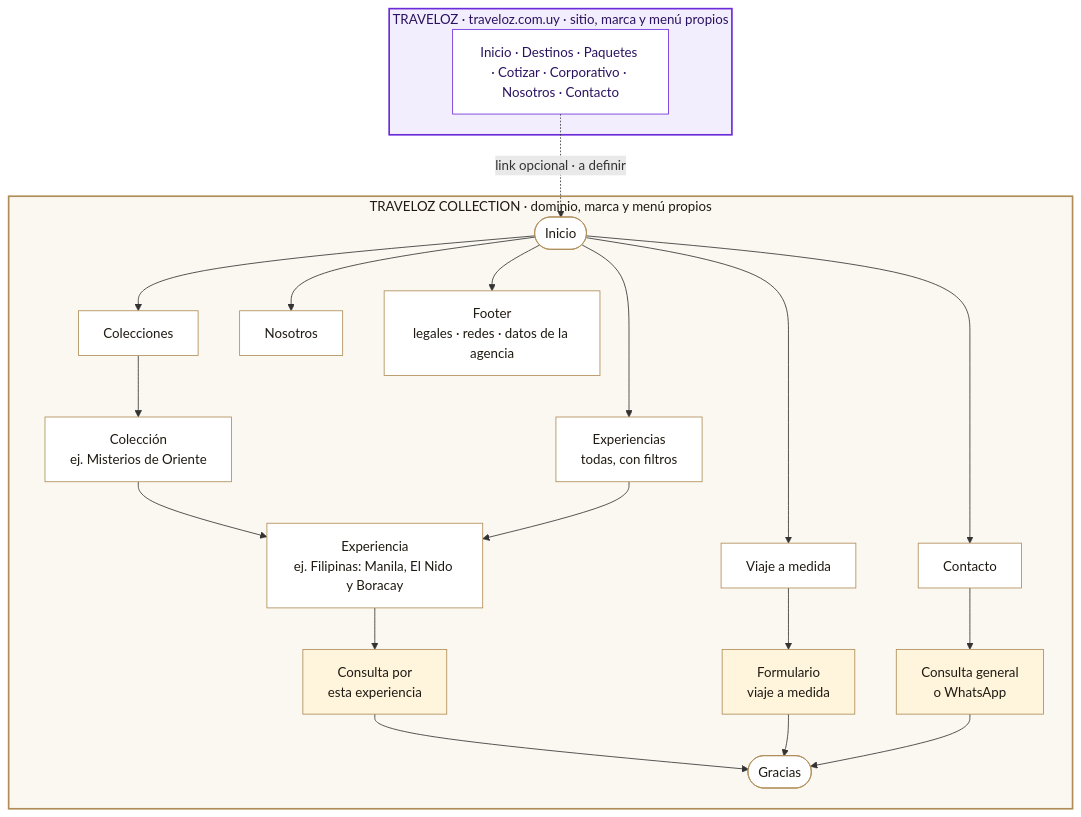
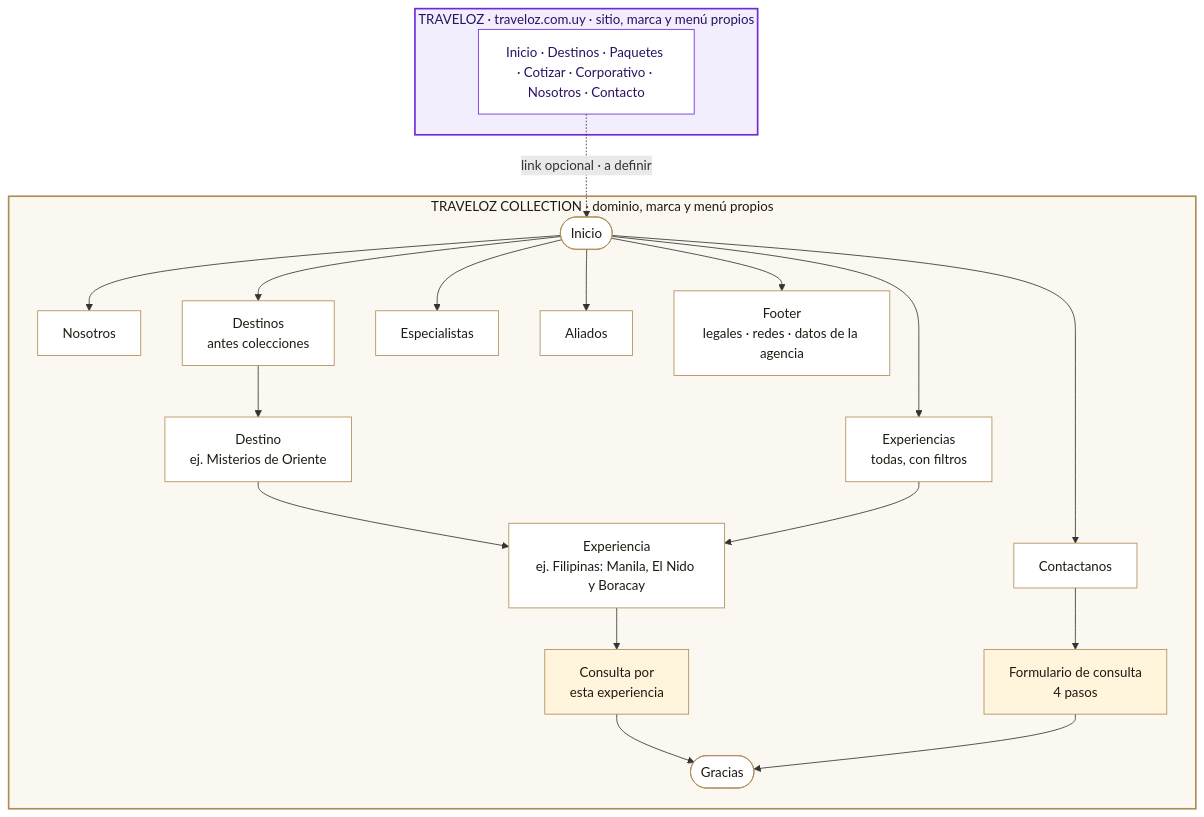
The second of 7 diagrams in docs/collection/contexto/06-propuesta-funcional.md (diego-castano/traveloz), drawn with Mermaid before and after one commit. The commit also changed other lines of this file and 5 other files, not shown here.

````diff
--- a/docs/collection/contexto/06-propuesta-funcional.md
+++ b/docs/collection/contexto/06-propuesta-funcional.md
@@ -114,36 +128,35 @@
 ```mermaid
 flowchart TB
   subgraph TOZ["TRAVELOZ · traveloz.com.uy · sitio, marca y menú propios"]
     T["Inicio · Destinos · Paquetes · Cotizar · Corporativo · Nosotros · Contacto"]
   end
 
   T -. "link opcional · a definir" .-> H
 
   subgraph COL["TRAVELOZ COLLECTION · dominio, marca y menú propios"]
     H(["Inicio"])
-    H --> CS["Colecciones"]
+    H --> NO["Nosotros"]
+    H --> CS["Destinos<br/>antes colecciones"]
     H --> EX["Experiencias<br/>todas, con filtros"]
-    H --> AM["Viaje a medida"]
-    H --> NO["Nosotros"]
-    H --> CO["Contacto"]
+    H --> ES["Especialistas"]
+    H --> AL["Aliados"]
+    H --> CO["Contactanos"]
     H --> FT["Footer<br/>legales · redes · datos de la agencia"]
-    CS --> C1["Colección<br/>ej. Misterios de Oriente"]
+    CS --> C1["Destino<br/>ej. Misterios de Oriente"]
     C1 --> E["Experiencia<br/>ej. Filipinas: Manila, El Nido y Boracay"]
     EX --> E
     E --> F1["Consulta por<br/>esta experiencia"]
-    AM --> F2["Formulario<br/>viaje a medida"]
-    CO --> F3["Consulta general<br/>o WhatsApp"]
+    CO --> F2["Formulario de consulta<br/>4 pasos"]
     F1 --> G(["Gracias"])
     F2 --> G
-    F3 --> G
   end
 
   style COL fill:#fbf8f1,stroke:#b08d57,stroke-width:2px,color:#1f1a12
   style TOZ fill:#f3eefe,stroke:#6c2bd9,stroke-width:2px,color:#2a1260
   classDef pg fill:#ffffff,stroke:#b08d57,color:#1f1a12
   classDef form fill:#fff4dc,stroke:#b08d57,color:#1f1a12
   classDef toz fill:#ffffff,stroke:#6c2bd9,color:#2a1260
-  class H,CS,EX,AM,NO,CO,FT,C1,E,G pg
-  class F1,F2,F3 form
+  class H,CS,EX,ES,AL,NO,CO,FT,C1,E,G pg
+  class F1,F2 form
   class T toz
 ```
````
